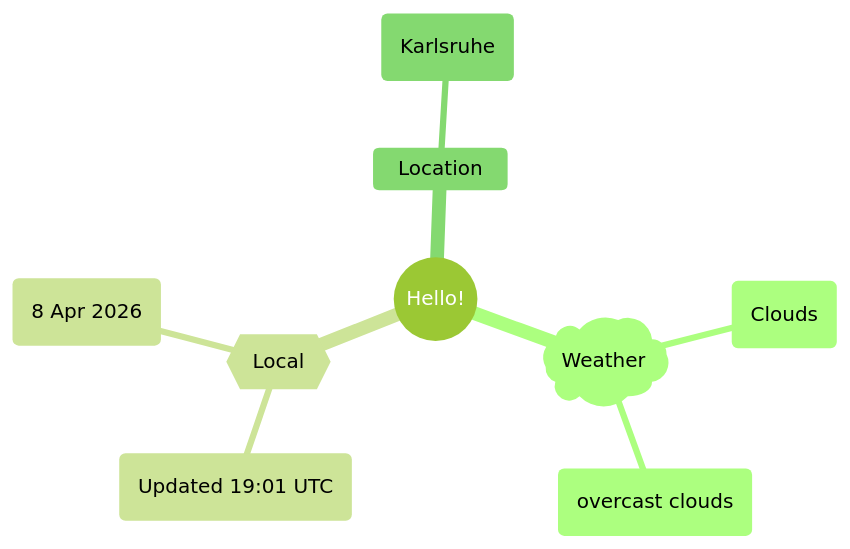
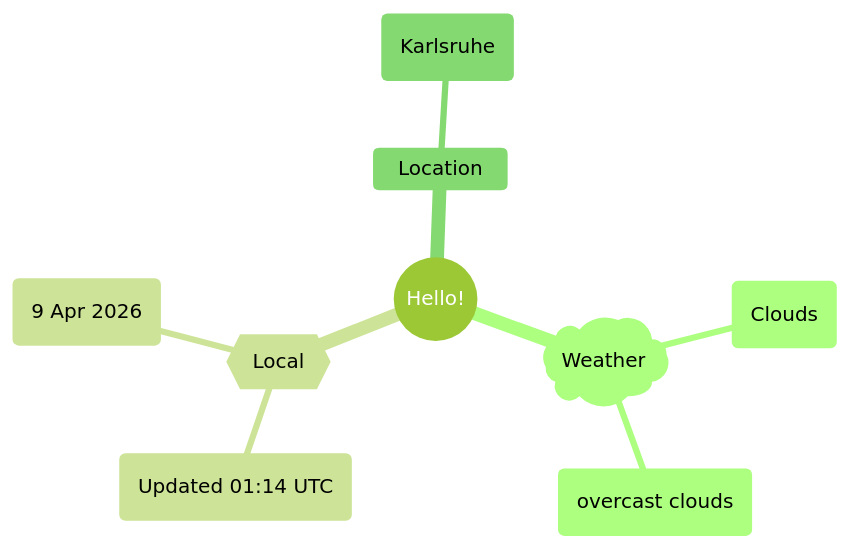
One commit to Xosrov/Xosrov changed the first of 2 diagrams in README.md. Above: the diagram before and after it, drawn with Mermaid (forest theme).

Commit message:
[bot] updated images

````diff
--- a/README.md
+++ b/README.md
@@ -3,12 +3,12 @@
 ```mermaid
 mindmap
   root((Hello!))
     )Weather(
         (Clouds)
         (overcast clouds)
     {{Local}}
-        (Updated 19:01 UTC)
-        (8 Apr 2026)
+        (Updated 01:14 UTC)
+        (9 Apr 2026)
     Location
         (Karlsruhe)
 ```
````
